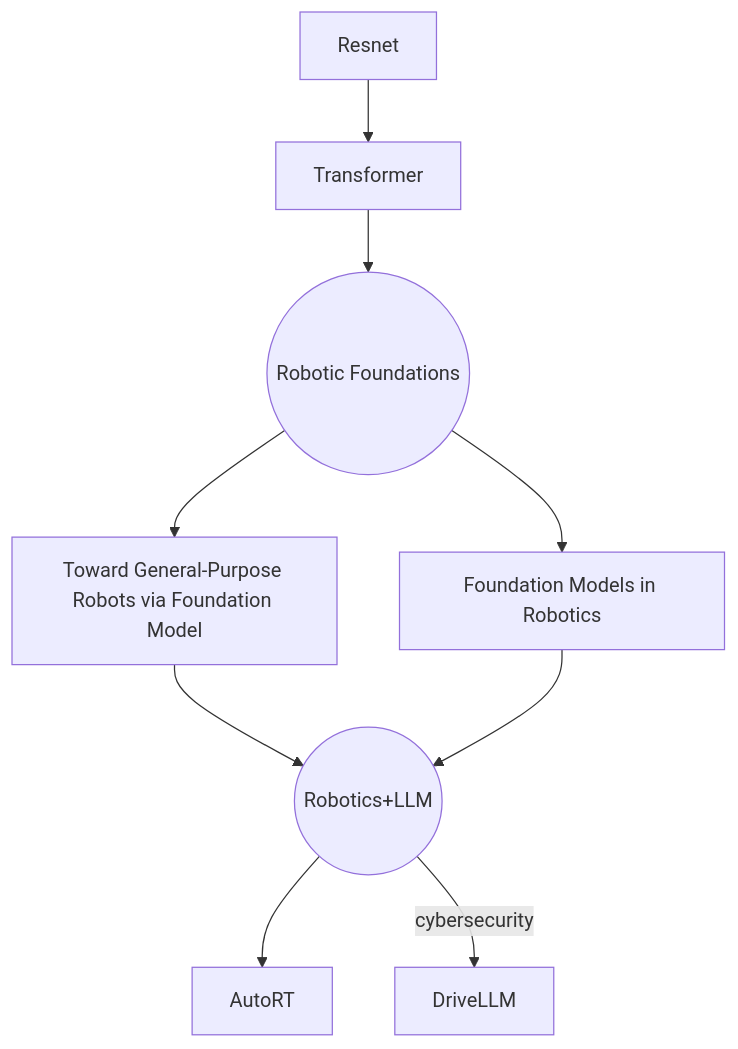
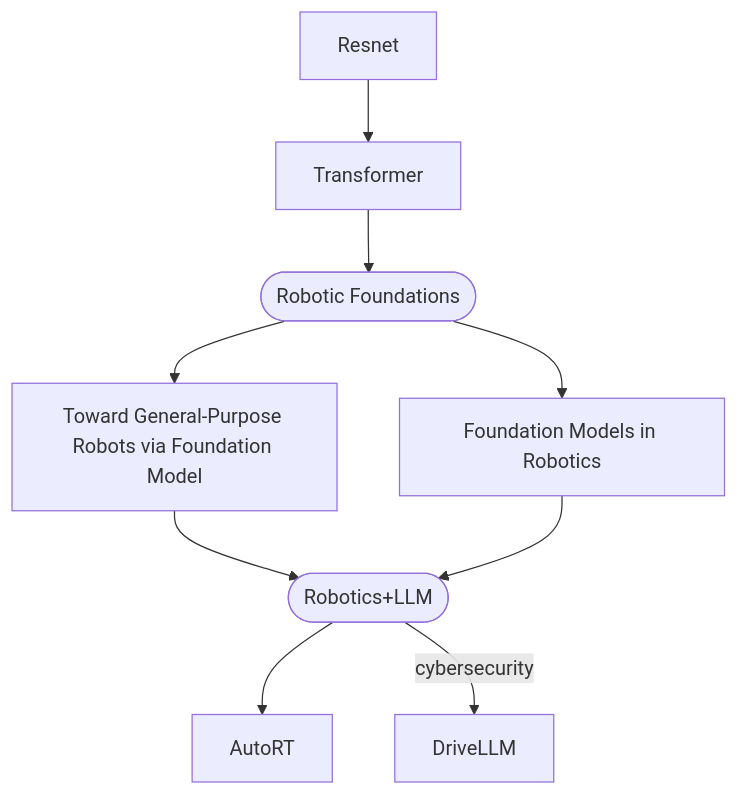
Before and after one commit to MoeBuTa/moebuta.github.io: the diagram in _posts/2024/02/2024-02-27-learning-ai-and-robotics.md, drawn with Mermaid. The commit also changed other lines of this file and 4 other files, not shown here.

````diff
--- a/_posts/2024/02/2024-02-27-learning-ai-and-robotics.md
+++ b/_posts/2024/02/2024-02-27-learning-ai-and-robotics.md
@@ -9,23 +11,23 @@
 ```mermaid
 
 graph TD;
 
 id1["Resnet"] --> id2["Transformer"];
 
-id2-->d1((Robotic Foundations))
+id2-->d1([Robotic Foundations])
 
 
 d1-->id3["Toward General-Purpose Robots via Foundation Model"];
 
 d1-->id4["Foundation Models in Robotics"];
 
-id3-->d2((Robotics+LLM))
+id3-->d2([Robotics+LLM])
 
 id4-->d2
 
 d2-->id5["AutoRT"];
 
 d2-->|cybersecurity|id6["DriveLLM"]
 
 
 ```
````
